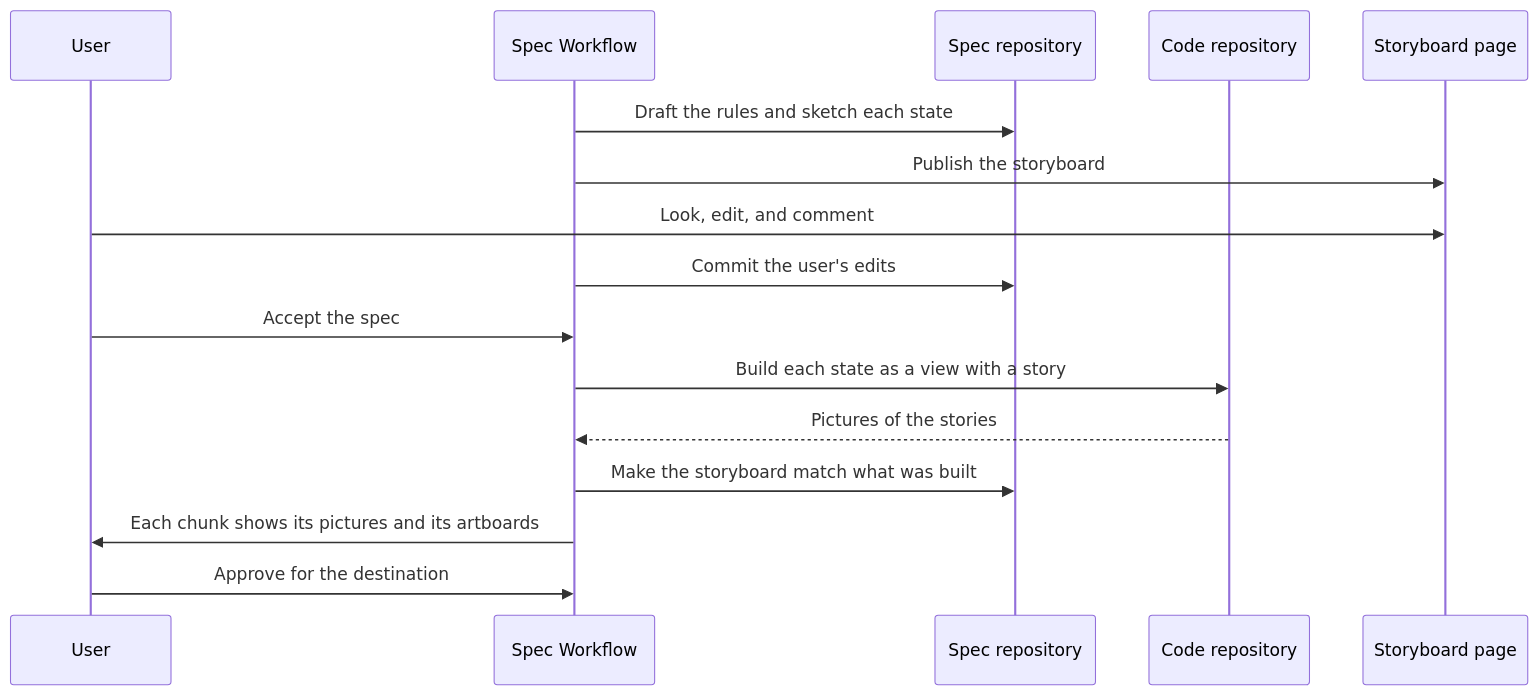
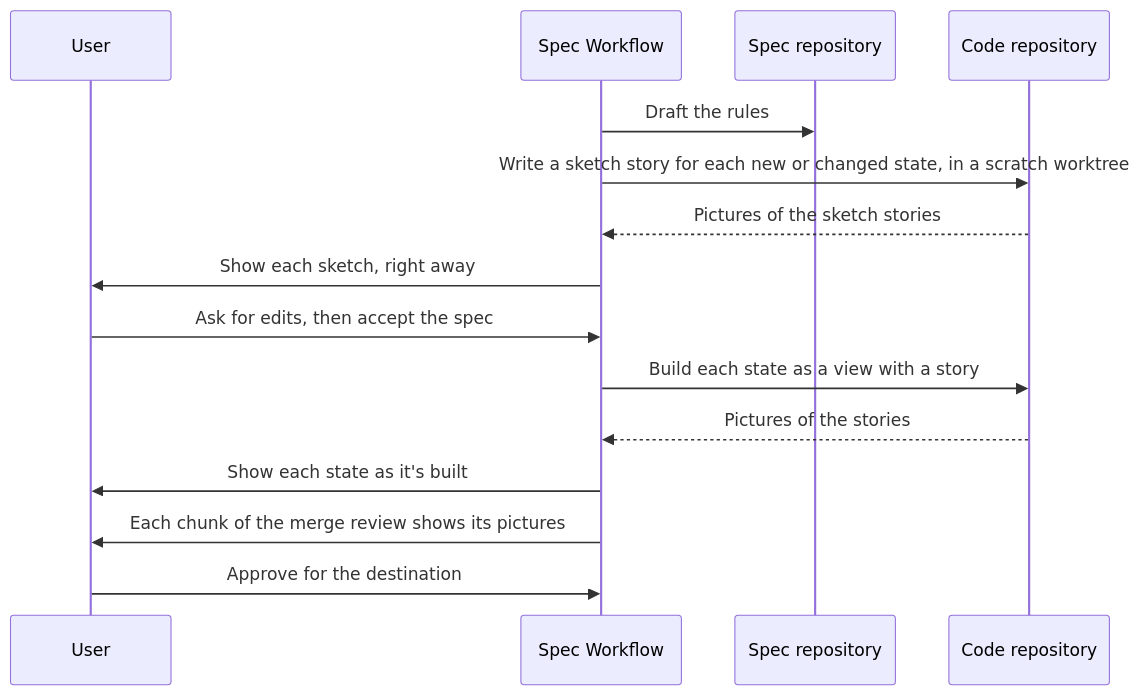
Before and after one commit to fsw0422/.ksp: the first of 2 diagrams in skills/spec-workflow/references/screen-pictures.md, drawn with Mermaid. The commit also changed other lines of this file and 11 other files, not shown here.

First line of the commit message:
spec-workflow, guided-review: draw screens from stories, and drop the design parts

````diff
--- a/skills/spec-workflow/references/screen-pictures.md
+++ b/skills/spec-workflow/references/screen-pictures.md
@@ -5,18 +5,17 @@
 ```mermaid
 sequenceDiagram
     participant U as User
     participant W as Spec Workflow
     participant S as Spec repository
     participant C as Code repository
-    participant P as Storyboard page
-    W->>S: Draft the rules and sketch each state
-    W->>P: Publish the storyboard
-    U->>P: Look, edit, and comment
-    W->>S: Commit the user's edits
-    U->>W: Accept the spec
+    W->>S: Draft the rules
+    W->>C: Write a sketch story for each new or changed state, in a scratch worktree
+    C-->>W: Pictures of the sketch stories
+    W->>U: Show each sketch, right away
+    U->>W: Ask for edits, then accept the spec
     W->>C: Build each state as a view with a story
     C-->>W: Pictures of the stories
-    W->>S: Make the storyboard match what was built
-    W->>U: Each chunk shows its pictures and its artboards
+    W->>U: Show each state as it's built
+    W->>U: Each chunk of the merge review shows its pictures
     U->>W: Approve for the destination
 ```
````
